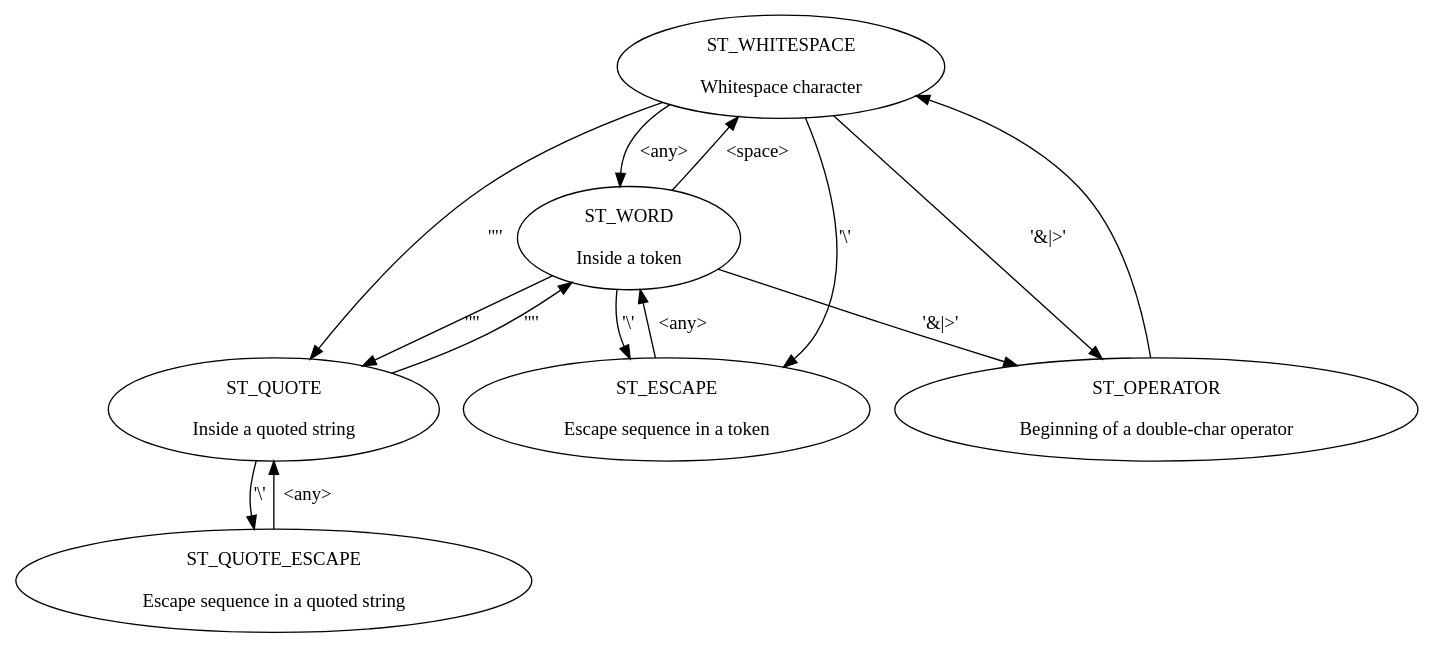
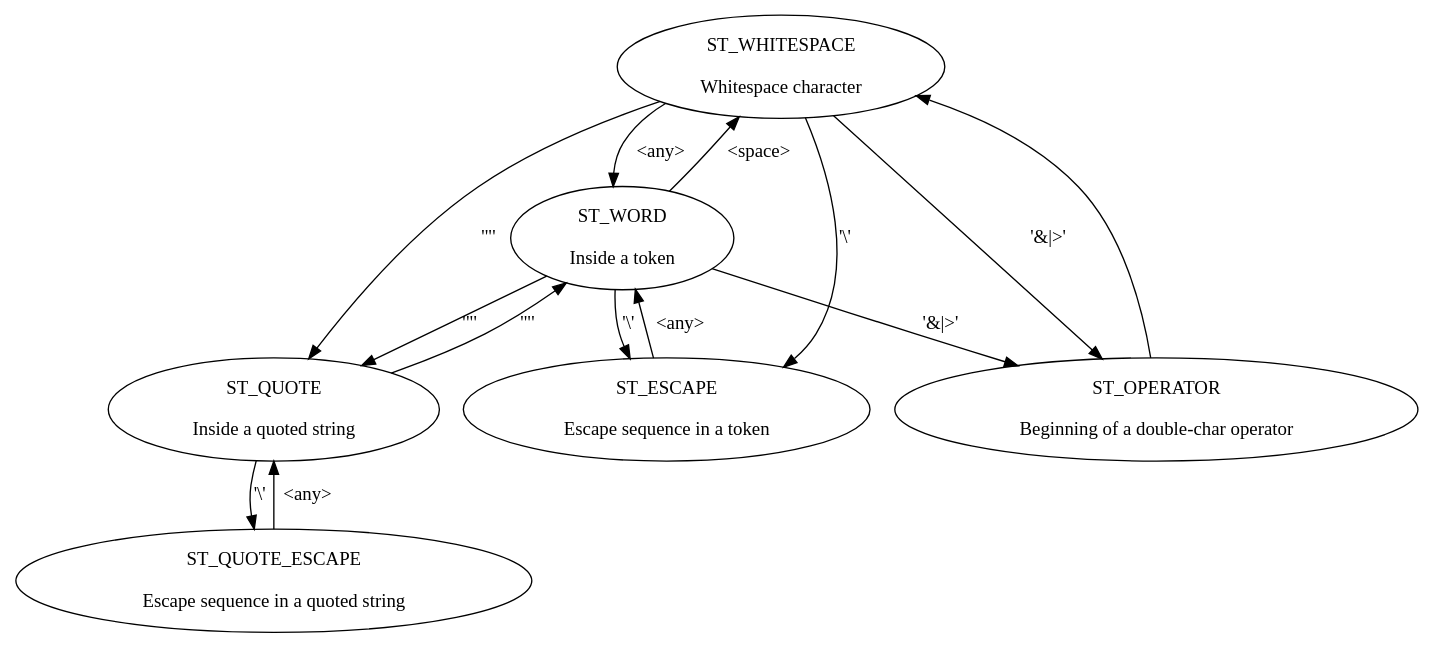
Before and after one commit to borman/shell: the diagram in shell/docs/lexer.dot, drawn with Graphviz.

Commit message:
Fixed lexer FSM graph

```diff
--- a/shell/docs/lexer.dot
+++ b/shell/docs/lexer.dot
@@ -1,28 +1,28 @@
-digraph PSM {
+digraph FSM {
 
 ST_WHITESPACE [label="\N\n\nWhitespace character"];
 ST_WORD [label="\N\n\nInside a token"];
 ST_QUOTE [label="\N\n\nInside a quoted string"];
 ST_ESCAPE [label="\N\n\nEscape sequence in a token"];  
 ST_QUOTE_ESCAPE [label="\N\n\nEscape sequence in a quoted string"];  
 ST_OPERATOR [label="\N\n\nBeginning of a double-char operator"];
 
-ST_WHITESPACE -> ST_WORD [label="<any>"];
+ST_WHITESPACE -> ST_WORD [label=" <any>"];
 ST_WHITESPACE -> ST_QUOTE [label="'\"'"];
 ST_WHITESPACE -> ST_ESCAPE [label="'\\'"];
 ST_WHITESPACE -> ST_OPERATOR [label="'&|>'"];
 
 ST_WORD -> ST_QUOTE [label="'\"'"];
 ST_WORD -> ST_WHITESPACE [label="<space>"];
 ST_WORD -> ST_ESCAPE [label="'\\'"];
 ST_WORD -> ST_OPERATOR [label="'&|>'"];
 
 ST_QUOTE -> ST_WORD [label="'\"'"];
 ST_QUOTE -> ST_QUOTE_ESCAPE [label="'\\'"];
 
 ST_ESCAPE -> ST_WORD [label="<any>"];
 
 ST_QUOTE_ESCAPE -> ST_QUOTE [label="<any>"];
 
 ST_OPERATOR -> ST_WHITESPACE;
 }
```
